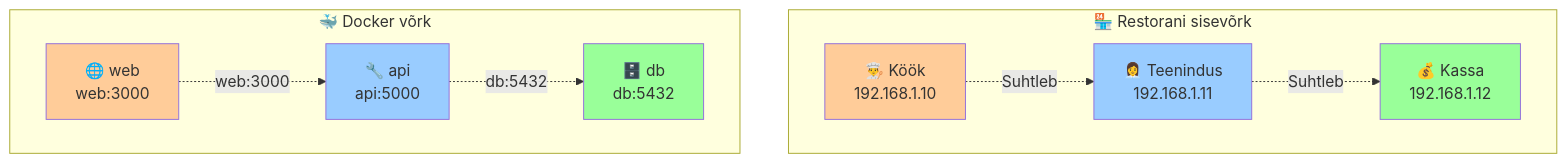
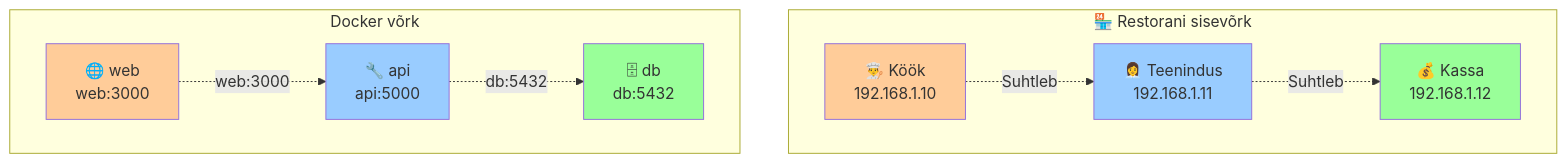
One commit to mtalvik/automation changed the ninth of 17 diagrams in docs/docker_orchestration/lecture.md. Above: the diagram before and after it, drawn with Mermaid. The commit also changed other lines of this file and 168 other files, not shown here.

````diff
--- a/docs/docker_orchestration/lecture.md
+++ b/docs/docker_orchestration/lecture.md
@@ -491,27 +491,27 @@
 ```mermaid
 graph TB
     subgraph "🏪 Restorani sisevõrk"
         Kitchen[👨‍🍳 Köök<br/>192.168.1.10]
         Service[👩‍💼 Teenindus<br/>192.168.1.11]
         Cashier[💰 Kassa<br/>192.168.1.12]
     end
     
-    subgraph "🐳 Docker võrk"
+    subgraph " Docker võrk"
         Web[🌐 web<br/>web:3000]
         API[🔧 api<br/>api:5000]
-        DB[🗄️ db<br/>db:5432]
+        DB[🗄 db<br/>db:5432]
     end
     
     Kitchen -.->|"Suhtleb"| Service
     Service -.->|"Suhtleb"| Cashier
     
     Web -.->|"web:3000"| API
     API -.->|"db:5432"| DB
     
     style Kitchen fill:#ffcc99
     style Service fill:#99ccff
     style Cashier fill:#99ff99
     style Web fill:#ffcc99
     style API fill:#99ccff
     style DB fill:#99ff99
 ```
````
